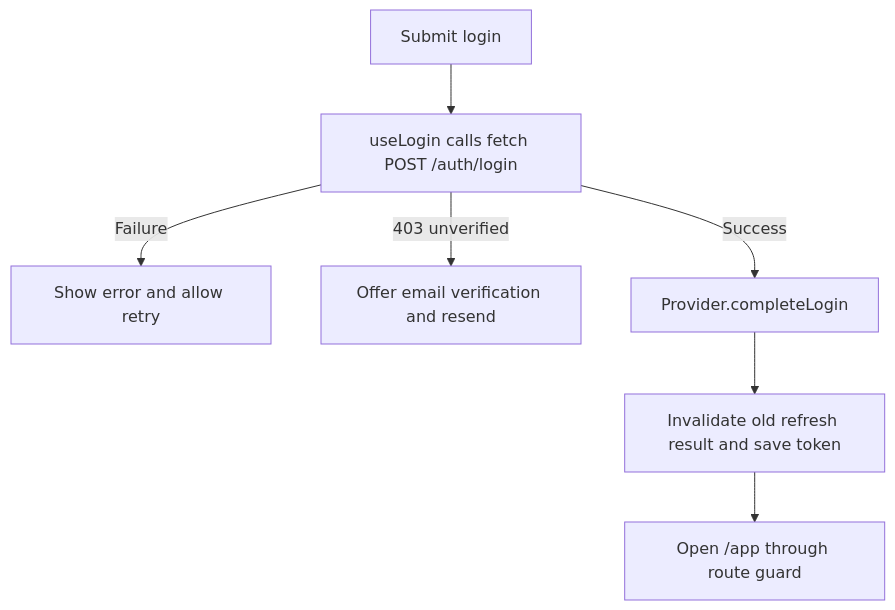
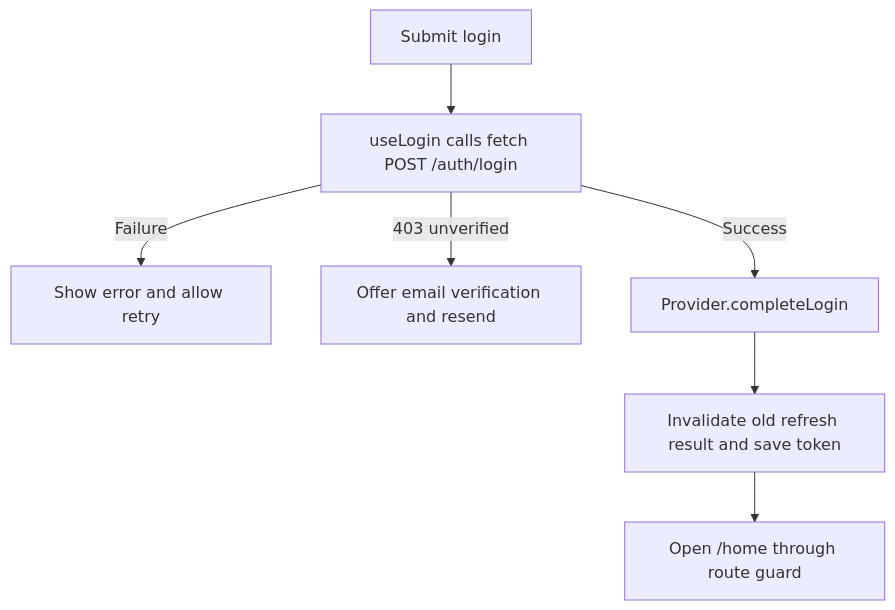
One commit to AY2627S1-CS3219-P24/FoC changed the third of 7 diagrams in frontend/src/features/auth/auth-flow.md. Above: the diagram before and after it, drawn with Mermaid. The commit also changed other lines of this file and 6 other files, not shown here.

````diff
--- a/frontend/src/features/auth/auth-flow.md
+++ b/frontend/src/features/auth/auth-flow.md
@@ -71,9 +71,9 @@
 ```mermaid
 flowchart TD
     Submit[Submit login] --> Request[useLogin calls fetch POST /auth/login]
     Request -->|Failure| Error[Show error and allow retry]
     Request -->|403 unverified| Verify[Offer email verification and resend]
     Request -->|Success| Complete[Provider.completeLogin]
     Complete --> Save[Invalidate old refresh result and save token]
-    Save --> App[Open /app through route guard]
+    Save --> App[Open /home through route guard]
 ```
````
